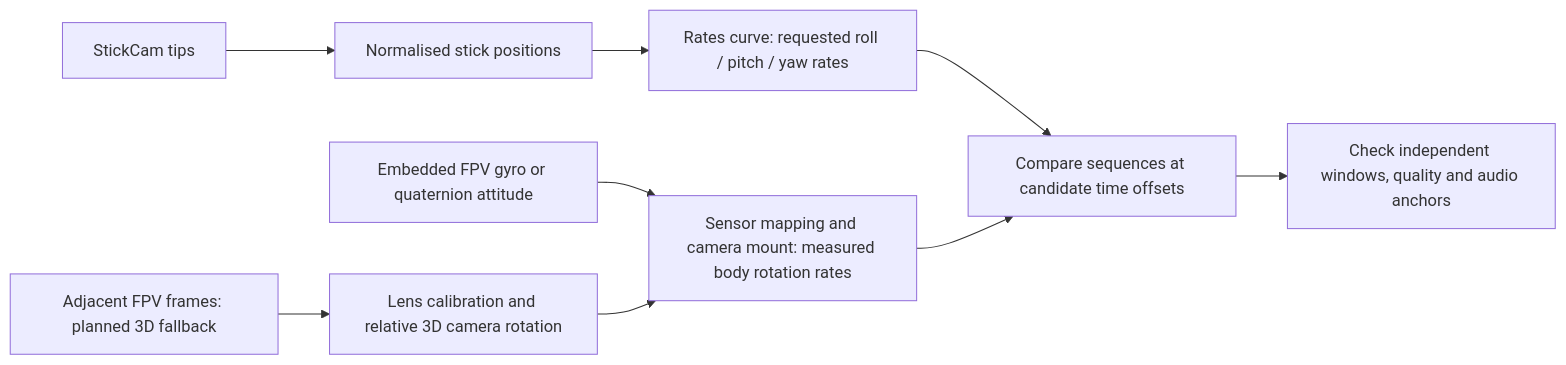
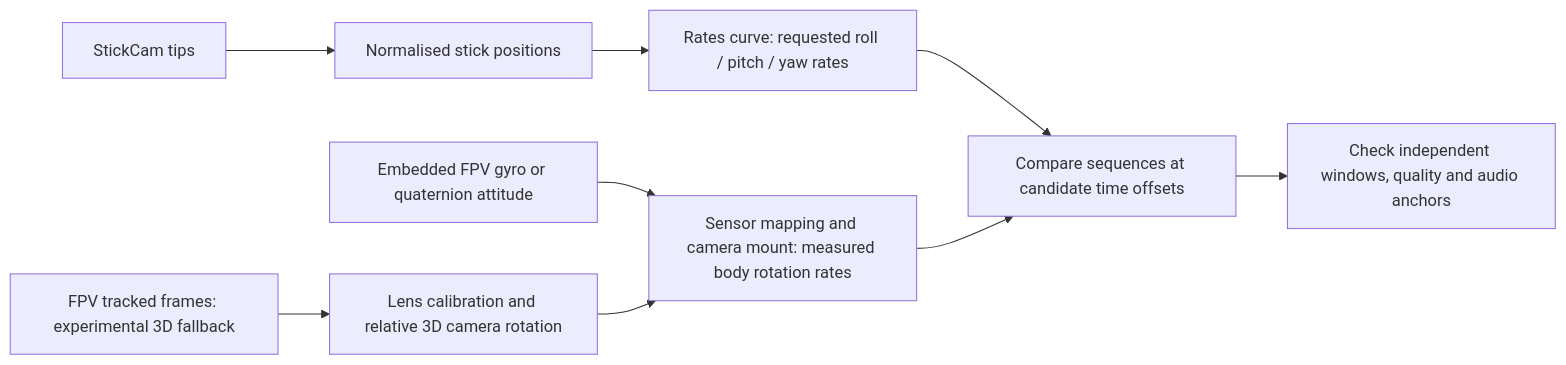
The diagram in FREESTYLE_MOTION_DESIGN.md (RDubzUK/fpv-radio-motion-pairing), drawn with Mermaid before and after one commit. The commit also changed other lines of this file and 34 other files, not shown here.

````diff
--- a/FREESTYLE_MOTION_DESIGN.md
+++ b/FREESTYLE_MOTION_DESIGN.md
@@ -41,11 +39,11 @@
 ```mermaid
 flowchart LR
     S[StickCam tips] --> P[Normalised stick positions]
     P --> R[Rates curve: requested roll / pitch / yaw rates]
     G[Embedded FPV gyro or quaternion attitude] --> B[Sensor mapping and camera mount: measured body rotation rates]
-    F[Adjacent FPV frames: planned 3D fallback] --> C[Lens calibration and relative 3D camera rotation]
+    F[FPV tracked frames: experimental 3D fallback] --> C[Lens calibration and relative 3D camera rotation]
     C --> B
     R --> M[Compare sequences at candidate time offsets]
     B --> M
     M --> V[Check independent windows, quality and audio anchors]
 ```
````
